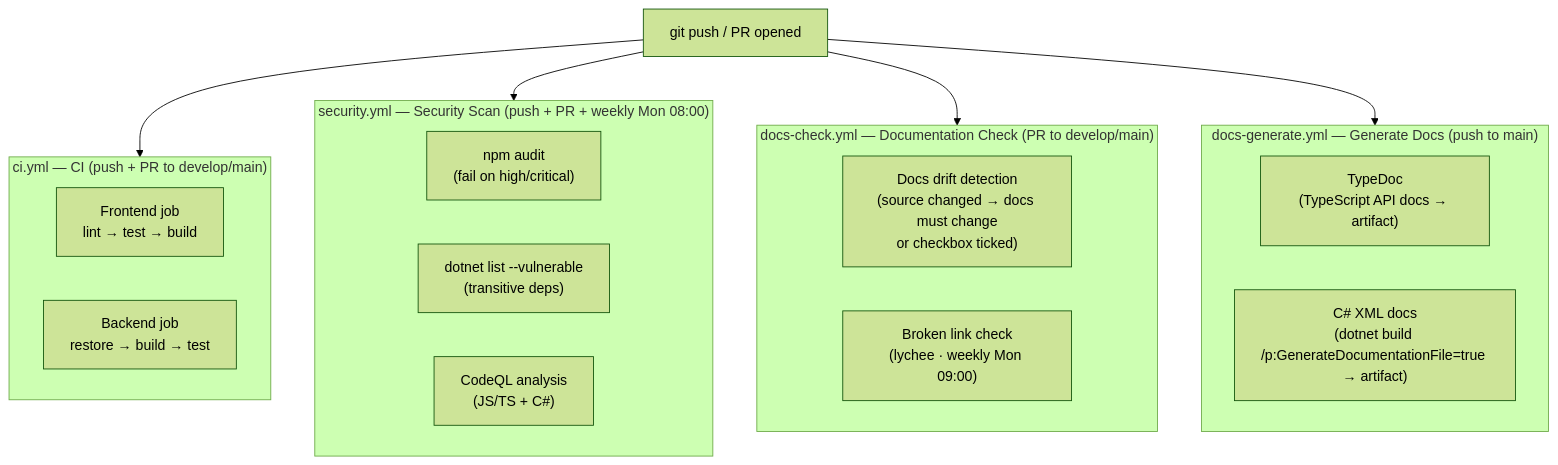
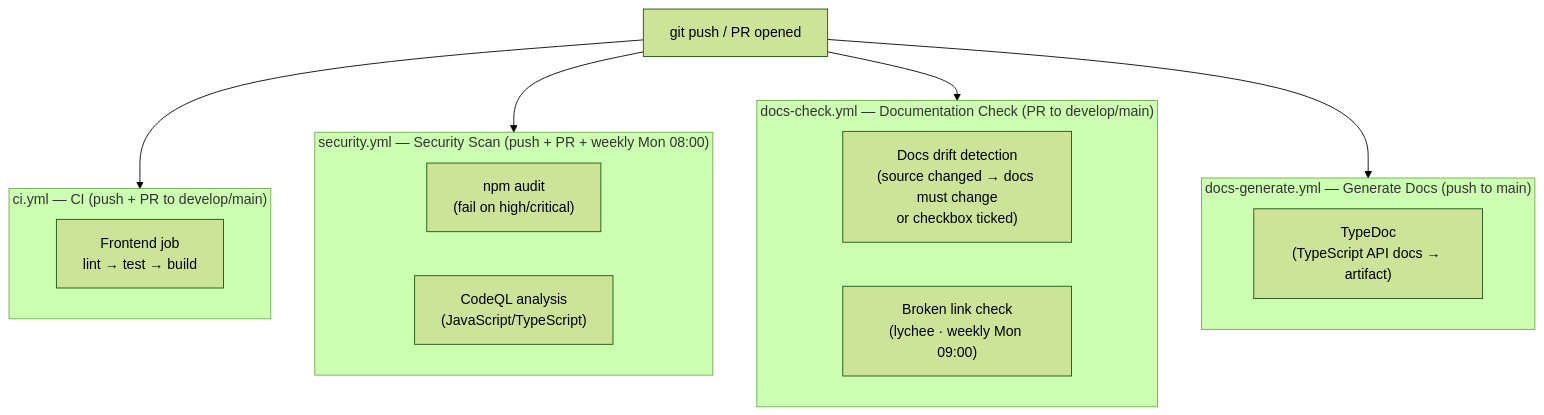
Before and after one commit to JWWade/midi-progression-editor: the diagram in docs/architecture/ci-pipeline.md, drawn with Mermaid (forest theme). The commit also changed other lines of this file and 80 other files, not shown here.

````diff
--- a/docs/architecture/ci-pipeline.md
+++ b/docs/architecture/ci-pipeline.md
@@ -5,30 +5,27 @@
 ```mermaid
 flowchart TD
     Push["git push / PR opened"]
 
     subgraph CI["ci.yml — CI (push + PR to develop/main)"]
         Frontend["Frontend job\nlint → test → build"]
-        Backend["Backend job\nrestore → build → test"]
     end
 
     subgraph Security["security.yml — Security Scan (push + PR + weekly Mon 08:00)"]
         NpmAudit["npm audit\n(fail on high/critical)"]
-        DotnetVuln["dotnet list --vulnerable\n(transitive deps)"]
-        CodeQL["CodeQL analysis\n(JS/TS + C#)"]
+        CodeQL["CodeQL analysis\n(JavaScript/TypeScript)"]
     end
 
     subgraph DocsCheck["docs-check.yml — Documentation Check (PR to develop/main)"]
         DriftCheck["Docs drift detection\n(source changed → docs must change\nor checkbox ticked)"]
         BrokenLinks["Broken link check\n(lychee · weekly Mon 09:00)"]
     end
 
     subgraph DocsGenerate["docs-generate.yml — Generate Docs (push to main)"]
         TypeDoc["TypeDoc\n(TypeScript API docs → artifact)"]
-        CSharpXML["C# XML docs\n(dotnet build /p:GenerateDocumentationFile=true → artifact)"]
     end
 
     Push --> CI
     Push --> Security
     Push --> DocsCheck
     Push --> DocsGenerate
 ```
````
